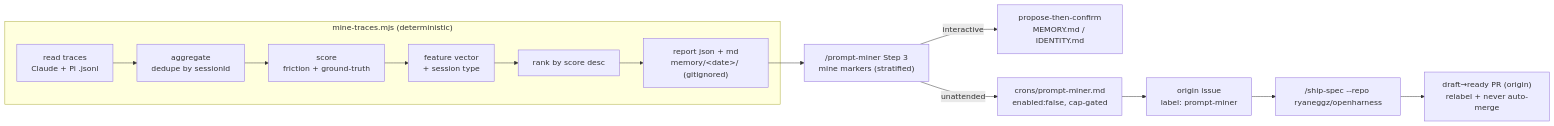
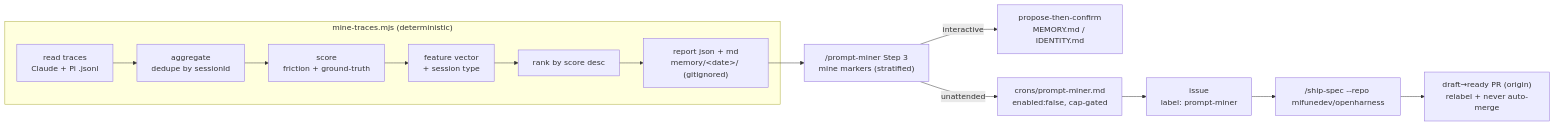
Before and after one commit to mifunedev/openharness: the diagram in wiki/prompt-miner.md, drawn with Mermaid. The commit also changed other lines of this file and 12 other files, not shown here.

First line of the commit message:
task: adapt prompt-miner port for upstream

````diff
--- a/wiki/prompt-miner.md
+++ b/wiki/prompt-miner.md
@@ -42,16 +42,16 @@
 ```mermaid
 flowchart LR
   subgraph Engine["mine-traces.mjs (deterministic)"]
     Read["read traces<br/>Claude + Pi .jsonl"] --> Agg["aggregate<br/>dedupe by sessionId"]
     Agg --> Score["score<br/>friction + ground-truth"]
     Score --> Feat["feature vector<br/>+ session type"]
     Feat --> Rank["rank by score desc"]
     Rank --> Report["report json + md<br/>memory/&lt;date&gt;/ (gitignored)"]
   end
   Report --> Mine["/prompt-miner Step 3<br/>mine markers (stratified)"]
   Mine -->|interactive| Gate["propose-then-confirm<br/>MEMORY.md / IDENTITY.md"]
   Mine -->|unattended| Cron["crons/prompt-miner.md<br/>enabled:false, cap-gated"]
-  Cron --> Issue["origin issue<br/>label: prompt-miner"]
-  Issue --> Ship["/ship-spec --repo ryaneggz/openharness"]
+  Cron --> Issue["issue<br/>label: prompt-miner"]
+  Issue --> Ship["/ship-spec --repo mifunedev/openharness"]
   Ship --> PR["draft→ready PR (origin)<br/>relabel + never auto-merge"]
 ```
````
